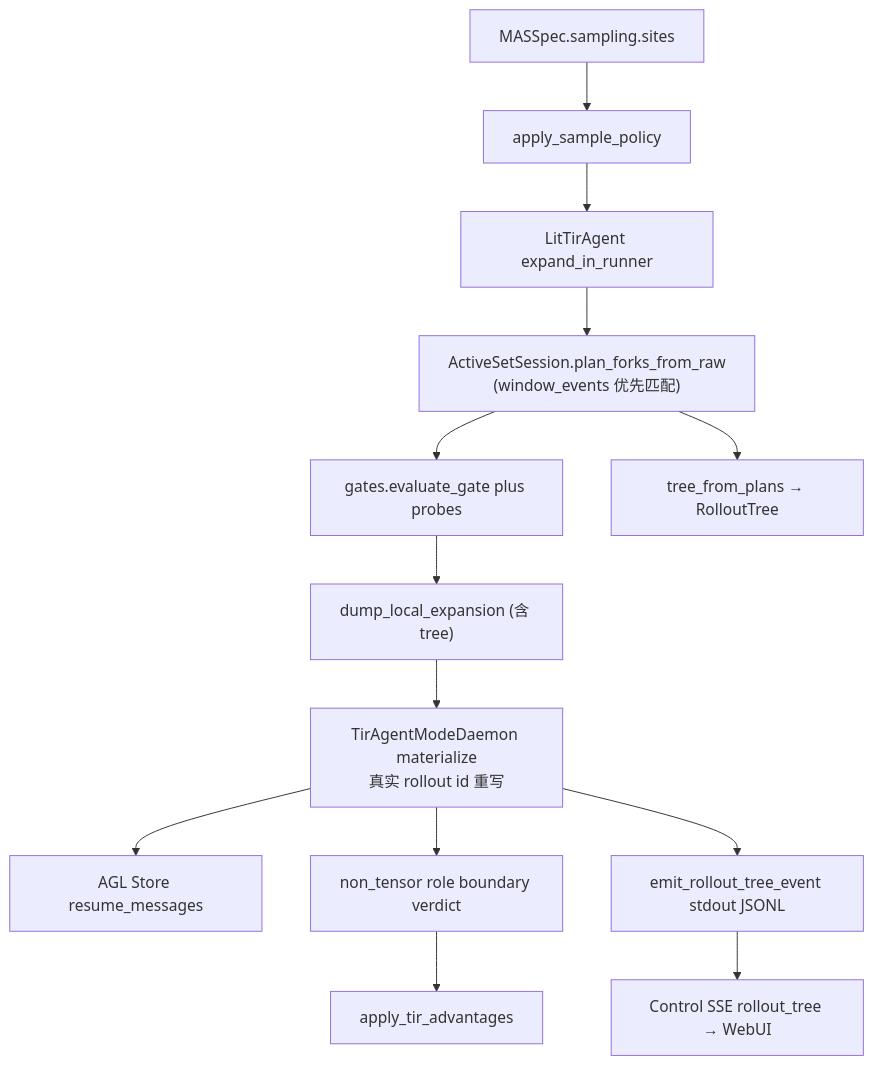
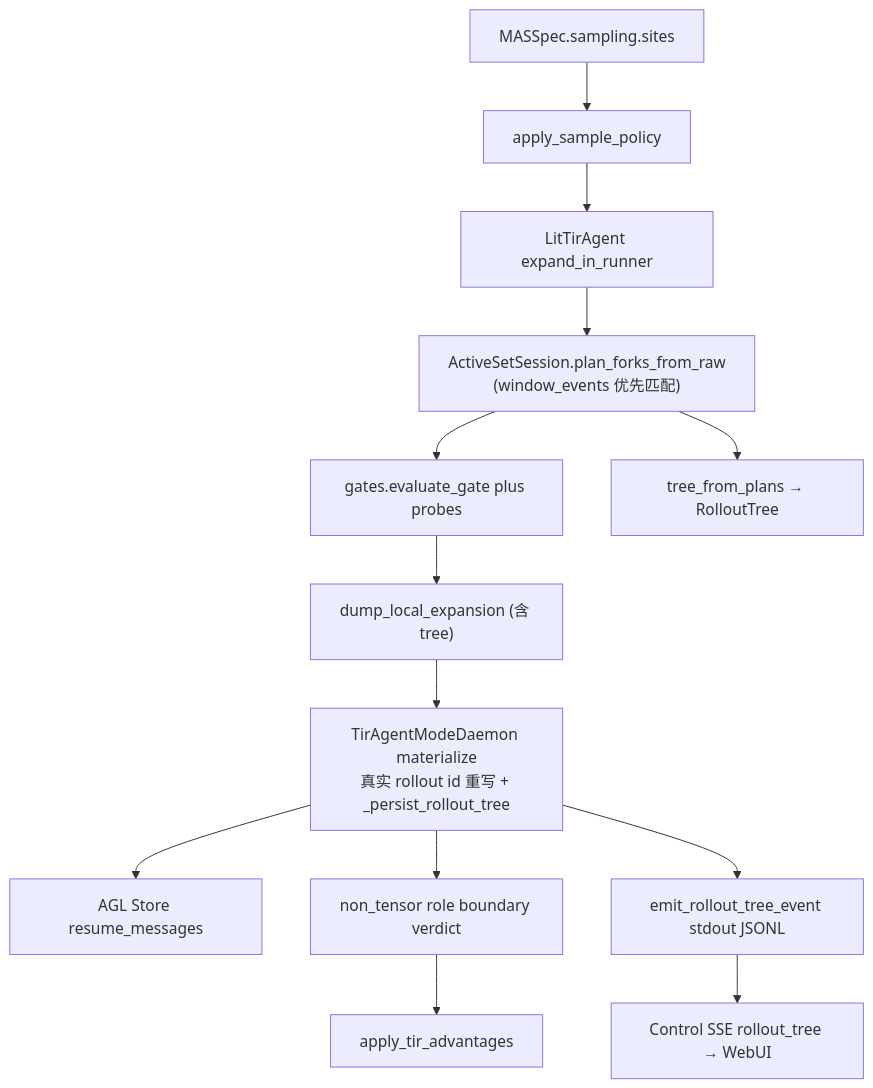
One commit to wzhSteve/MAS_Science_Infra changed the diagram in docs/TECHNICAL_FRAMEWORK.md. Above: the diagram before and after it, drawn with Mermaid. The commit also changed other lines of this file and 27 other files, not shown here.

````diff
--- a/docs/TECHNICAL_FRAMEWORK.md
+++ b/docs/TECHNICAL_FRAMEWORK.md
@@ -302,15 +306,15 @@
 ```mermaid
 flowchart TD
   YAML["MASSpec.sampling.sites"] --> Overlay["apply_sample_policy"]
   Overlay --> Lit["LitTirAgent expand_in_runner"]
   Lit --> AS["ActiveSetSession.plan_forks_from_raw<br/>(window_events 优先匹配)"]
   AS --> Gate["gates.evaluate_gate plus probes"]
   AS --> Tree["tree_from_plans → RolloutTree"]
   Gate --> Dump["dump_local_expansion (含 tree)"]
-  Dump --> Daemon["TirAgentModeDaemon materialize<br/>真实 rollout id 重写"]
+  Dump --> Daemon["TirAgentModeDaemon materialize<br/>真实 rollout id 重写 + _persist_rollout_tree"]
   Daemon --> Store["AGL Store resume_messages"]
   Daemon --> Batch["non_tensor role boundary verdict"]
   Daemon --> Emit["emit_rollout_tree_event stdout JSONL"]
   Batch --> Adv["apply_tir_advantages"]
   Emit --> SSE["Control SSE rollout_tree → WebUI"]
 ```
````
